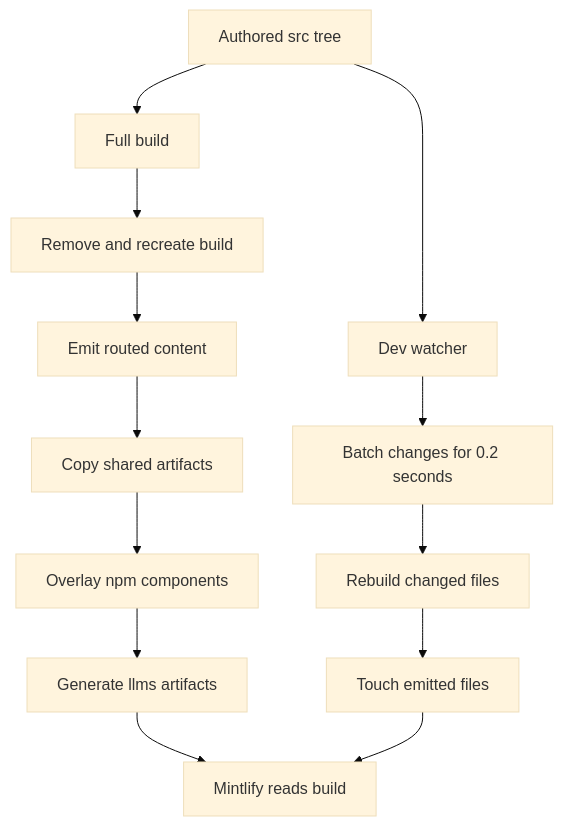
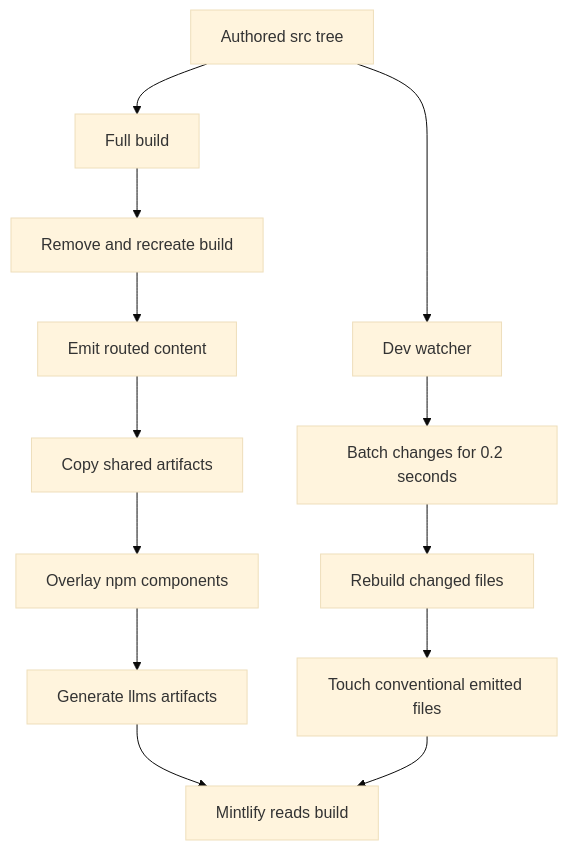
One commit to langchain-ai/docs changed the diagram in openwiki/architecture/build-system.md. Above: the diagram before and after it, drawn with Mermaid (base theme). The commit also changed other lines of this file and 37 other files, not shown here.

````diff
--- a/openwiki/architecture/build-system.md
+++ b/openwiki/architecture/build-system.md
@@ -39,15 +39,15 @@
 ```mermaid
 flowchart TD
     Src["Authored src tree"] --> Full["Full build"]
     Full --> Clear["Remove and recreate build"]
     Clear --> Routes["Emit routed content"]
     Routes --> Shared["Copy shared artifacts"]
     Shared --> Npm["Overlay npm components"]
     Npm --> Llm["Generate llms artifacts"]
     Llm --> Mint["Mintlify reads build"]
     Src --> Watch["Dev watcher"]
     Watch --> Debounce["Batch changes for 0.2 seconds"]
     Debounce --> Incremental["Rebuild changed files"]
-    Incremental --> Touch["Touch emitted files"]
+    Incremental --> Touch["Touch conventional emitted files"]
     Touch --> Mint
 ```
````
